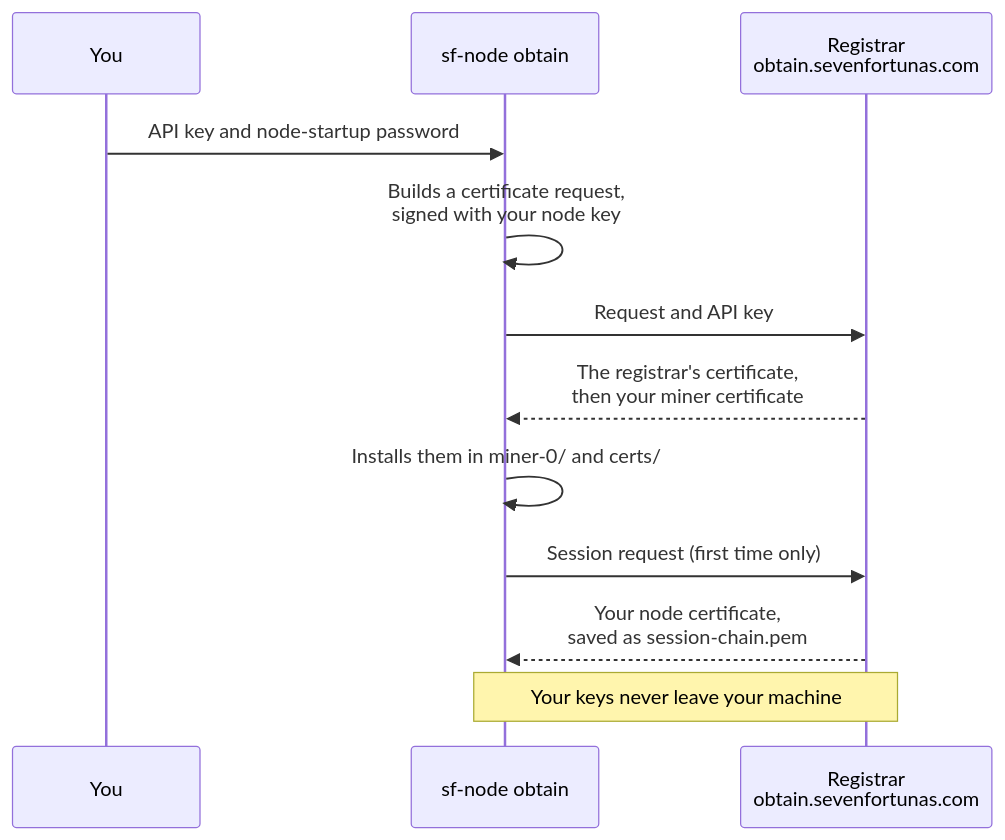
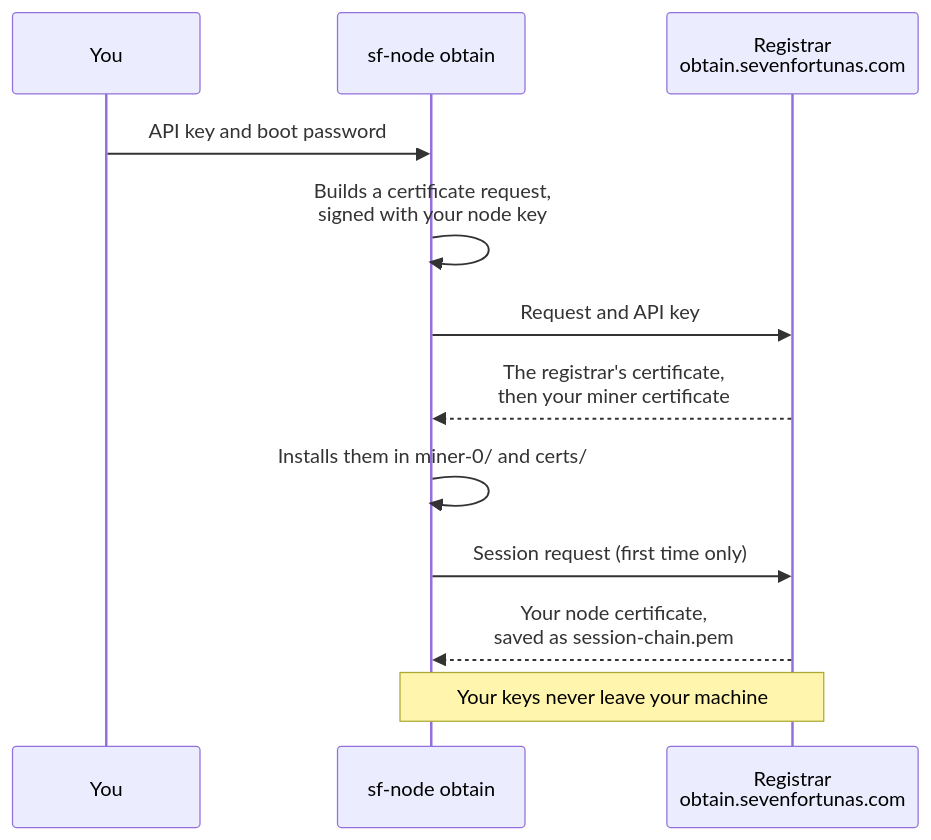
The diagram in docs/get-a-testnet-certificate.md (Seven-Fortunas/7fchain), drawn with Mermaid before and after one commit. The commit also changed other lines of this file and 16 other files, not shown here.

````diff
--- a/docs/get-a-testnet-certificate.md
+++ b/docs/get-a-testnet-certificate.md
@@ -7,14 +7,14 @@
 ```mermaid
 sequenceDiagram
     participant You
     participant Node as sf-node obtain
     participant Reg as Registrar<br/>obtain.sevenfortunas.com
-    You->>Node: API key and node-startup password
+    You->>Node: API key and boot password
     Node->>Node: Builds a certificate request,<br/>signed with your node key
     Node->>Reg: Request and API key
     Reg-->>Node: The registrar's certificate,<br/>then your miner certificate
     Node->>Node: Installs them in miner-0/ and certs/
     Node->>Reg: Session request (first time only)
     Reg-->>Node: Your node certificate,<br/>saved as session-chain.pem
     Note over Node,Reg: Your keys never leave your machine
 ```
````
